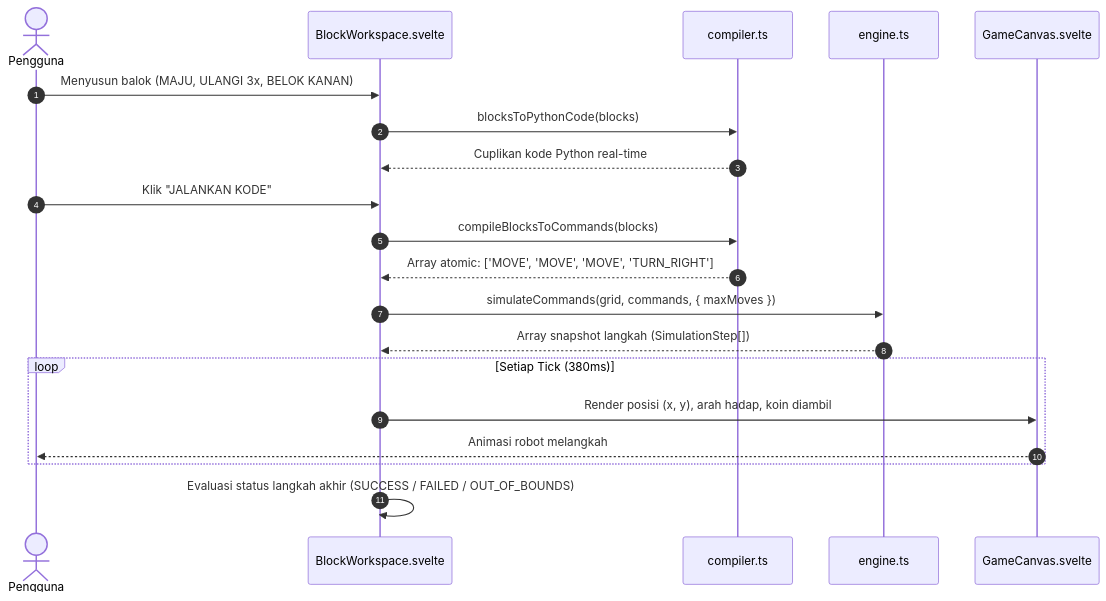
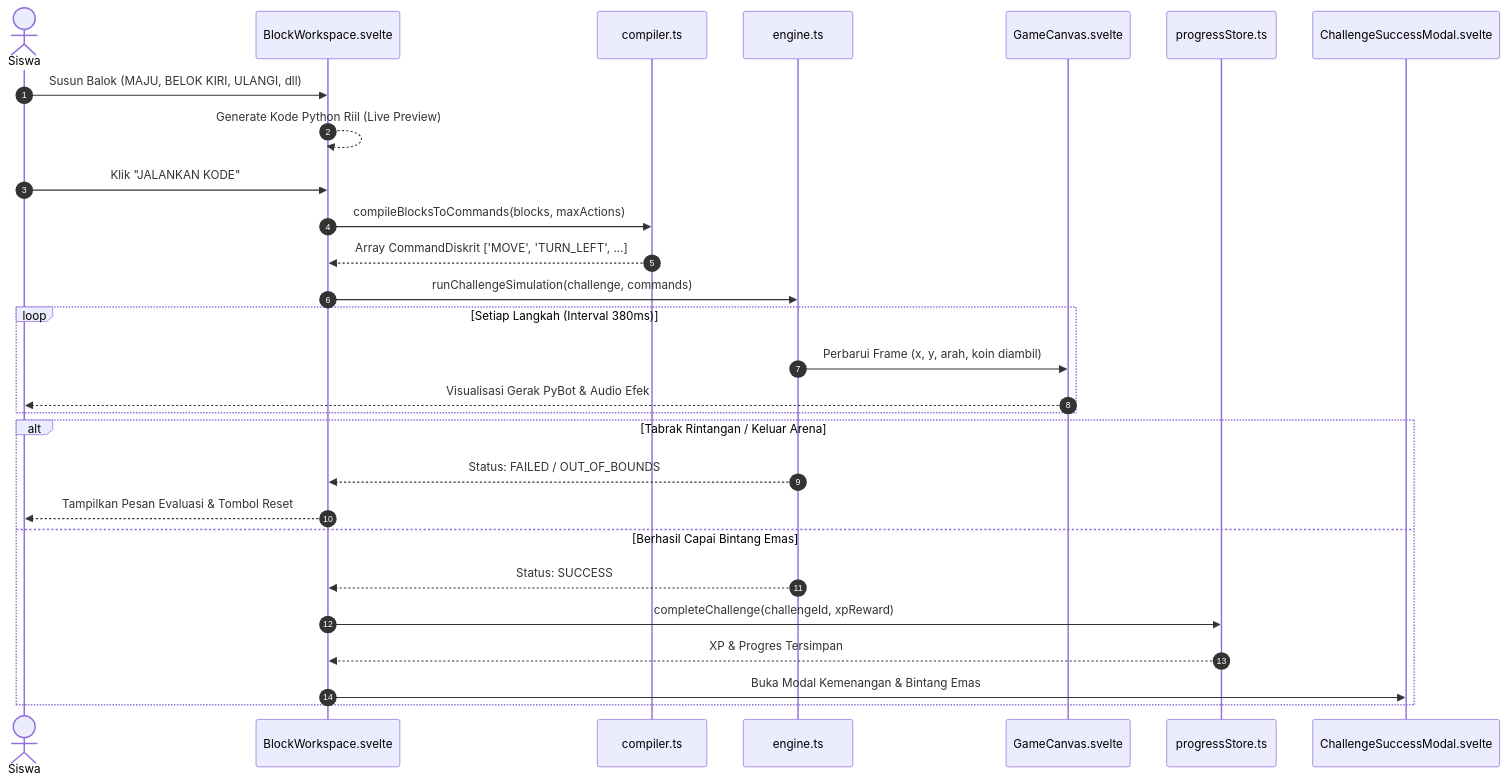
Before and after one commit to usamah-io/pyquest: the fifth of 6 diagrams in docs/ARCHITECTURE.md, drawn with Mermaid. The commit also changed other lines of this file and 4 other files, not shown here.

````diff
--- a/docs/ARCHITECTURE.md
+++ b/docs/ARCHITECTURE.md
@@ -129,23 +305,33 @@
 ```mermaid
 sequenceDiagram
     autonumber
-    actor Anak as Pengguna
+    actor Anak as Siswa
     participant Workspace as BlockWorkspace.svelte
     participant Compiler as compiler.ts
     participant Engine as engine.ts
     participant Canvas as GameCanvas.svelte
+    participant Progress as progressStore.ts
+    participant Modal as ChallengeSuccessModal.svelte
 
-    Anak->>Workspace: Menyusun balok (MAJU, ULANGI 3x, BELOK KANAN)
-    Workspace->>Compiler: blocksToPythonCode(blocks)
-    Compiler-->>Workspace: Cuplikan kode Python real-time
+    Anak->>Workspace: Susun Balok (MAJU, BELOK KIRI, ULANGI, dll)
+    Workspace-->>Workspace: Generate Kode Python Riil (Live Preview)
     Anak->>Workspace: Klik "JALANKAN KODE"
-    Workspace->>Compiler: compileBlocksToCommands(blocks)
-    Compiler-->>Workspace: Array atomic: ['MOVE', 'MOVE', 'MOVE', 'TURN_RIGHT']
-    Workspace->>Engine: simulateCommands(grid, commands, { maxMoves })
-    Engine-->>Workspace: Array snapshot langkah (SimulationStep[])
-    loop Setiap Tick (380ms)
-        Workspace->>Canvas: Render posisi (x, y), arah hadap, koin diambil
-        Canvas-->>Anak: Animasi robot melangkah
+    Workspace->>Compiler: compileBlocksToCommands(blocks, maxActions)
+    Compiler-->>Workspace: Array CommandDiskrit ['MOVE', 'TURN_LEFT', ...]
+    
+    Workspace->>Engine: runChallengeSimulation(challenge, commands)
+    loop Setiap Langkah (Interval 380ms)
+        Engine->>Canvas: Perbarui Frame (x, y, arah, koin diambil)
+        Canvas-->>Anak: Visualisasi Gerak PyBot & Audio Efek
     end
-    Workspace->>Workspace: Evaluasi status langkah akhir (SUCCESS / FAILED / OUT_OF_BOUNDS)
+
+    alt Tabrak Rintangan / Keluar Arena
+        Engine-->>Workspace: Status: FAILED / OUT_OF_BOUNDS
+        Workspace-->>Anak: Tampilkan Pesan Evaluasi & Tombol Reset
+    else Berhasil Capai Bintang Emas
+        Engine-->>Workspace: Status: SUCCESS
+        Workspace->>Progress: completeChallenge(challengeId, xpReward)
+        Progress-->>Workspace: XP & Progres Tersimpan
+        Workspace->>Modal: Buka Modal Kemenangan & Bintang Emas
+    end
 ```
````
